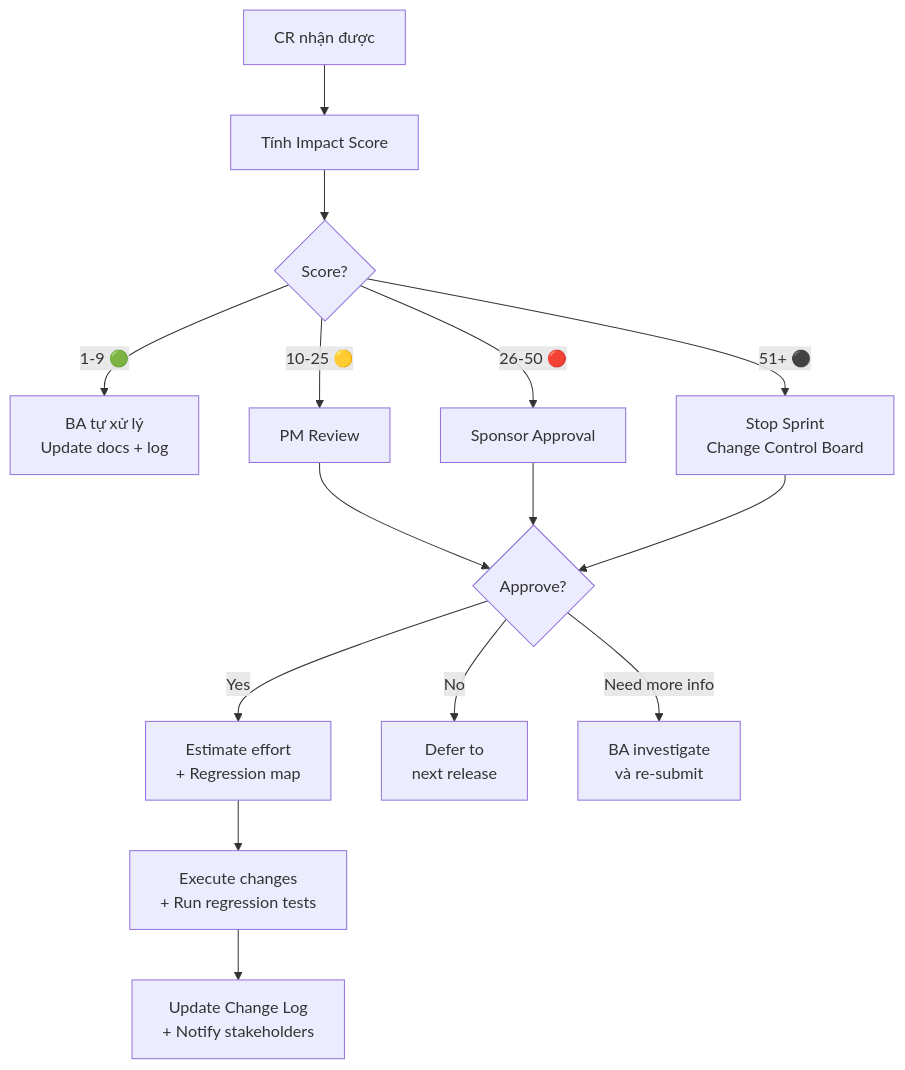
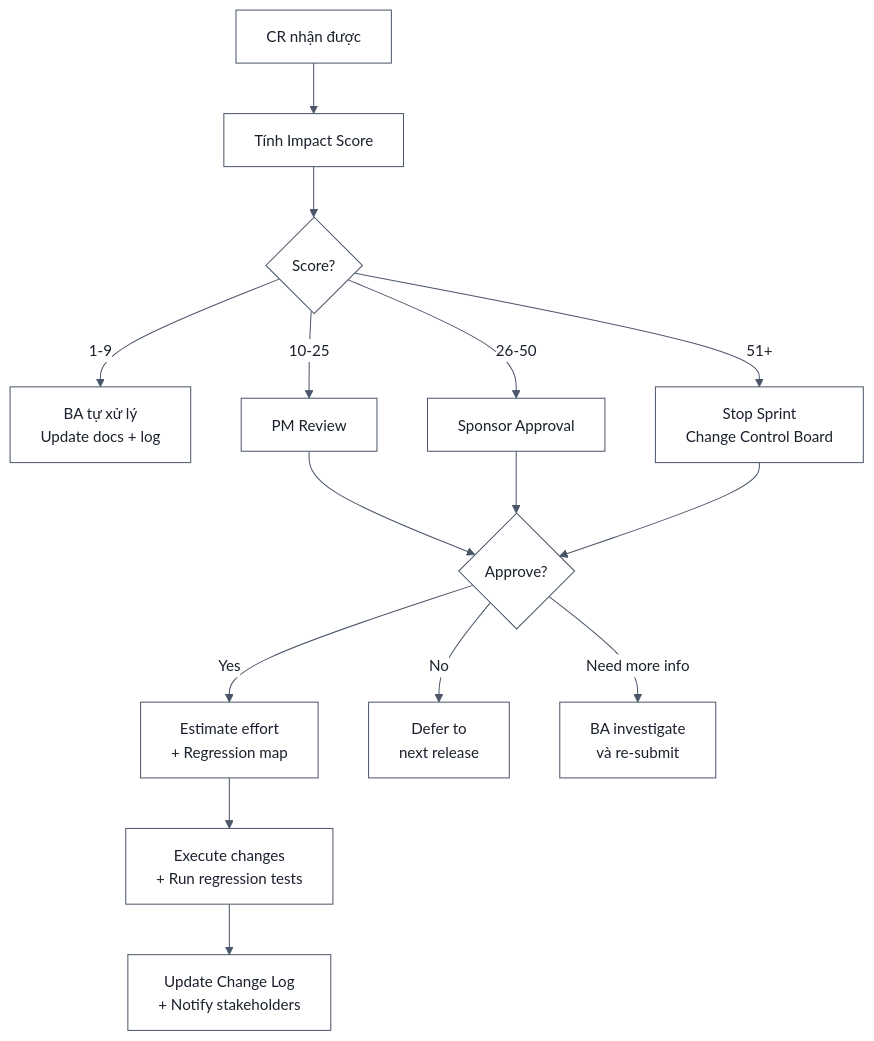
The second of 2 diagrams in BA-agent/BA-document-rule/core/impact-analysis-guide.md (sonbui31/BA-studies), drawn with Mermaid before and after one commit. The commit also changed other lines of this file and 97 other files, not shown here.

First line of the commit message:
Add diagram linting and rendering tools with tests

````diff
--- a/BA-agent/BA-document-rule/core/impact-analysis-guide.md
+++ b/BA-agent/BA-document-rule/core/impact-analysis-guide.md
@@ -108,20 +109,21 @@
 ```mermaid
+%%{init: {"theme": "base", "fontFamily": "Arial, Helvetica, sans-serif", "themeVariables": {"fontSize": "15px", "primaryColor": "#FFFFFF", "primaryBorderColor": "#4A5568", "primaryTextColor": "#1A202C", "lineColor": "#4A5568", "secondaryColor": "#F7FAFC", "tertiaryColor": "#F7FAFC", "clusterBkg": "#F7FAFC", "clusterBorder": "#A0AEC0", "edgeLabelBackground": "#FFFFFF", "actorBkg": "#EBF8FF", "actorBorder": "#2B6CB0", "noteBkgColor": "#FFF8E1", "noteBorderColor": "#B7791F"}}}%%
 graph TD
     A["CR nhận được"] --> B["Tính Impact Score"]
     B --> C{"Score?"}
-    C -->|"1-9 🟢"| D["BA tự xử lý\nUpdate docs + log"]
-    C -->|"10-25 🟡"| E["PM Review"]
-    C -->|"26-50 🔴"| F["Sponsor Approval"]
-    C -->|"51+ ⚫"| G["Stop Sprint\nChange Control Board"]
+    C -->|"1-9 "| D["BA tự xử lý<br/>Update docs + log"]
+    C -->|"10-25 "| E["PM Review"]
+    C -->|"26-50 "| F["Sponsor Approval"]
+    C -->|"51+ "| G["Stop Sprint<br/>Change Control Board"]
     
     E --> H{"Approve?"}
     F --> H
     G --> H
     
-    H -->|"Yes"| I["Estimate effort\n+ Regression map"]
-    H -->|"No"| J["Defer to\nnext release"]
-    H -->|"Need more info"| K["BA investigate\nvà re-submit"]
+    H -->|"Yes"| I["Estimate effort<br/>+ Regression map"]
+    H -->|"No"| J["Defer to<br/>next release"]
+    H -->|"Need more info"| K["BA investigate<br/>và re-submit"]
     
-    I --> L["Execute changes\n+ Run regression tests"]
-    L --> M["Update Change Log\n+ Notify stakeholders"]
+    I --> L["Execute changes<br/>+ Run regression tests"]
+    L --> M["Update Change Log<br/>+ Notify stakeholders"]
 ```
````
